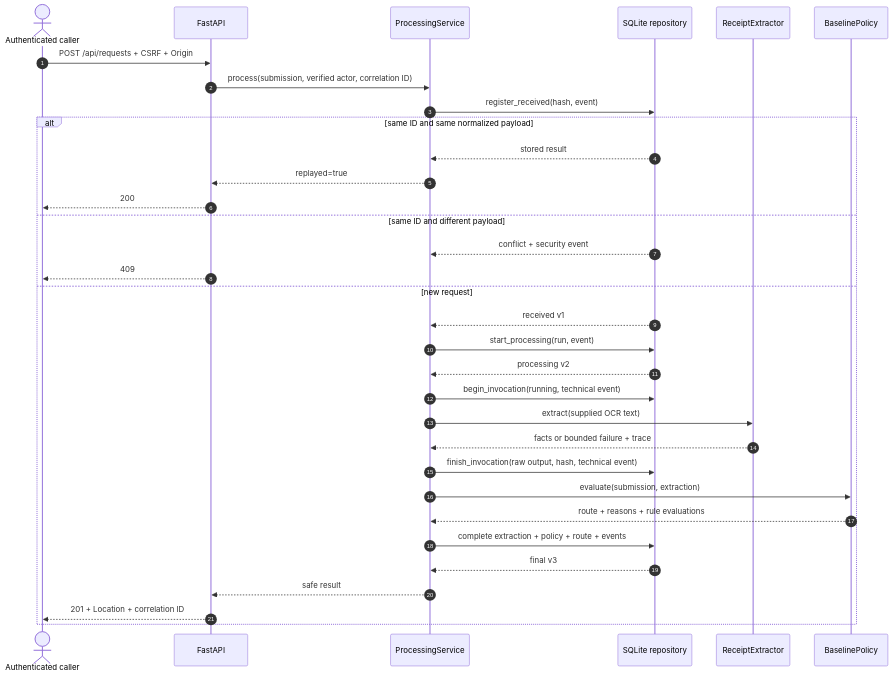
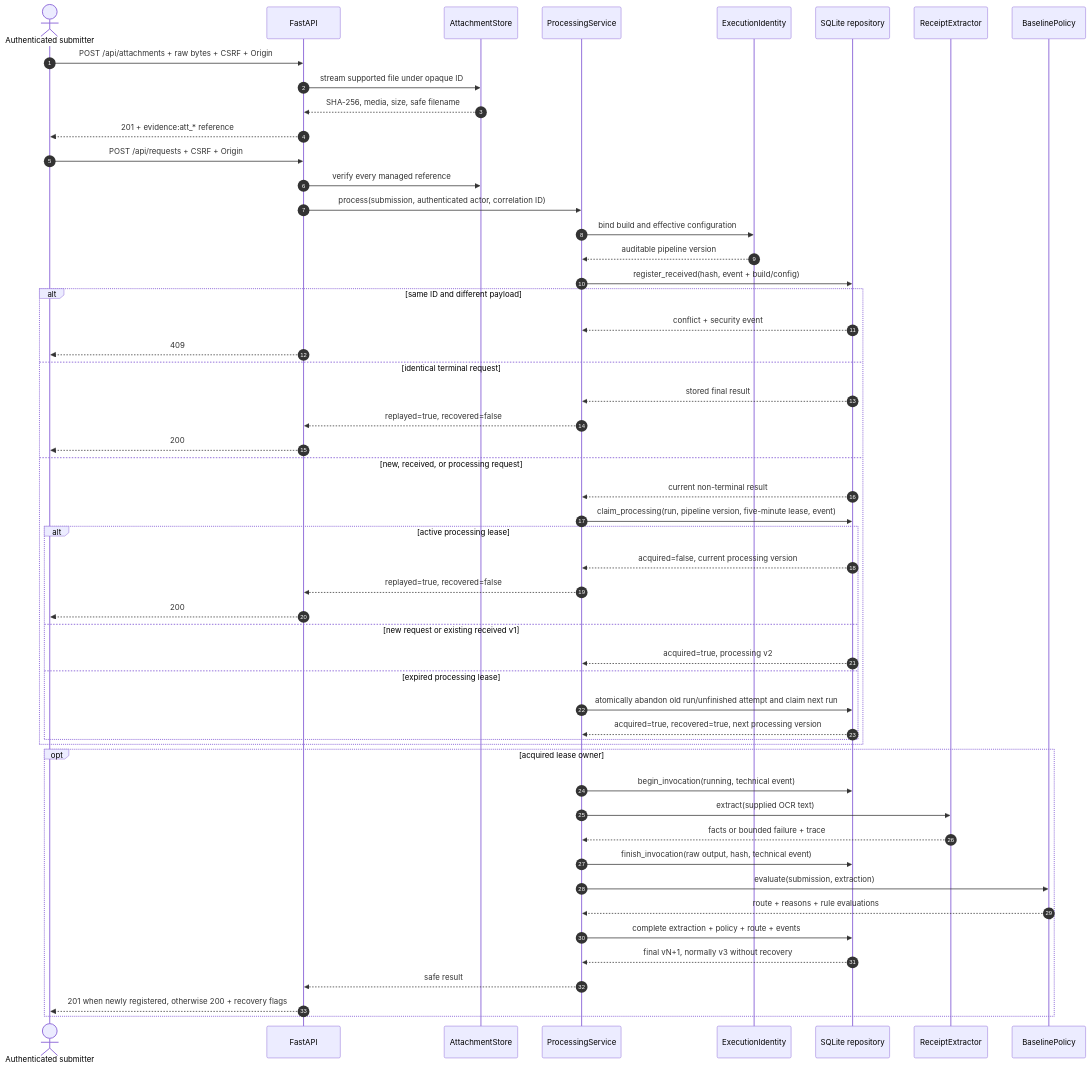
Before and after one commit to Dev-Luigy/automation_luigygabriel: the third of 8 diagrams in docs/architecture.md, drawn with Mermaid. The commit also changed other lines of this file and 10 other files, not shown here.

Commit message:
docs: align architecture and traceability model

````diff
--- a/docs/architecture.md
+++ b/docs/architecture.md
@@ -94,36 +122,56 @@
 ```mermaid
 sequenceDiagram
     autonumber
-    actor C as Authenticated caller
+    actor C as Authenticated submitter
     participant A as FastAPI
+    participant F as AttachmentStore
     participant W as ProcessingService
+    participant E as ExecutionIdentity
     participant R as SQLite repository
     participant X as ReceiptExtractor
     participant P as BaselinePolicy
 
+    C->>A: POST /api/attachments + raw bytes + CSRF + Origin
+    A->>F: stream supported file under opaque ID
+    F-->>A: SHA-256, media, size, safe filename
+    A-->>C: 201 + evidence:att_* reference
     C->>A: POST /api/requests + CSRF + Origin
-    A->>W: process(submission, verified actor, correlation ID)
-    W->>R: register_received(hash, event)
-    alt same ID and same normalized payload
-        R-->>W: stored result
-        W-->>A: replayed=true
-        A-->>C: 200
-    else same ID and different payload
+    A->>F: verify every managed reference
+    A->>W: process(submission, authenticated actor, correlation ID)
+    W->>E: bind build and effective configuration
+    E-->>W: auditable pipeline version
+    W->>R: register_received(hash, event + build/config)
+    alt same ID and different payload
         R-->>W: conflict + security event
         A-->>C: 409
-    else new request
-        R-->>W: received v1
-        W->>R: start_processing(run, event)
-        R-->>W: processing v2
+    else identical terminal request
+        R-->>W: stored final result
+        W-->>A: replayed=true, recovered=false
+        A-->>C: 200
+    else new, received, or processing request
+        R-->>W: current non-terminal result
+        W->>R: claim_processing(run, pipeline version, five-minute lease, event)
+        alt active processing lease
+            R-->>W: acquired=false, current processing version
+            W-->>A: replayed=true, recovered=false
+            A-->>C: 200
+        else new request or existing received v1
+            R-->>W: acquired=true, processing v2
+        else expired processing lease
+            W->>R: atomically abandon old run/unfinished attempt and claim next run
+            R-->>W: acquired=true, recovered=true, next processing version
+        end
+    end
+    opt acquired lease owner
         W->>R: begin_invocation(running, technical event)
         W->>X: extract(supplied OCR text)
         X-->>W: facts or bounded failure + trace
         W->>R: finish_invocation(raw output, hash, technical event)
         W->>P: evaluate(submission, extraction)
         P-->>W: route + reasons + rule evaluations
         W->>R: complete extraction + policy + route + events
-        R-->>W: final v3
+        R-->>W: final vN+1, normally v3 without recovery
         W-->>A: safe result
-        A-->>C: 201 + Location + correlation ID
+        A-->>C: 201 when newly registered, otherwise 200 + recovery flags
     end
 ```
````
